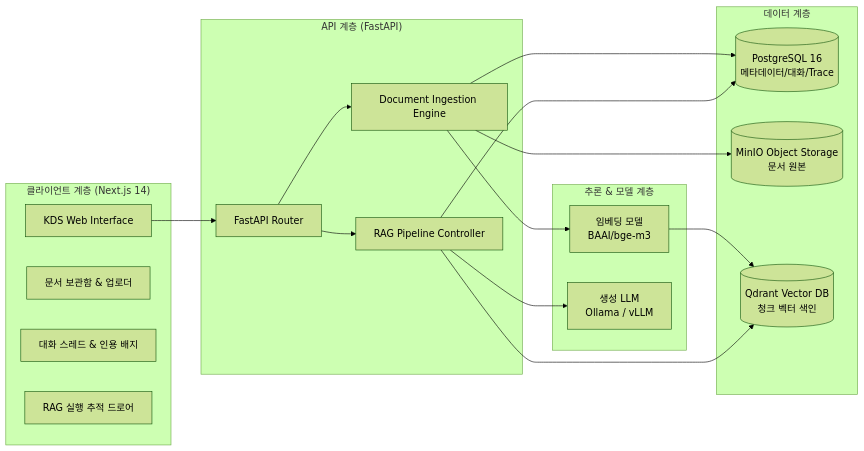
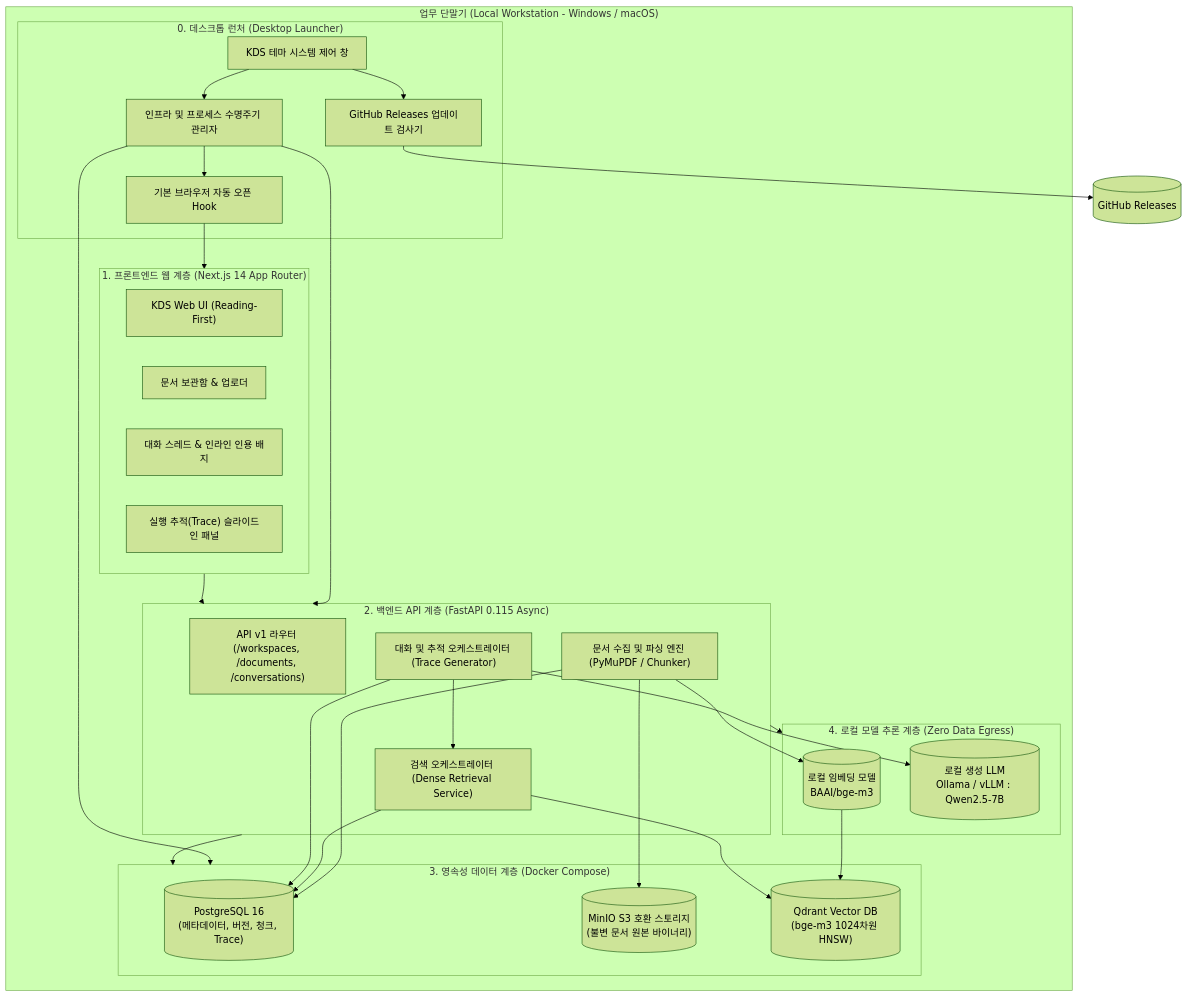
Before and after one commit to minwoo1119/dograc: the diagram in README.md, drawn with Mermaid (forest theme). The commit also changed other lines of this file, not shown here.

Commit message:
docs:데스크톱-웹 하이브리드 RAG 플랫폼 아키텍처 반영 README 개편

````diff
--- a/README.md
+++ b/README.md
@@ -52,38 +74,55 @@
 ```mermaid
-flowchart LR
-    subgraph Frontend["클라이언트 계층 (Next.js 14)"]
-        UI[KDS Web Interface]
-        DocPanel[문서 보관함 & 업로더]
-        Chat[대화 스레드 & 인용 배지]
-        Trace[RAG 실행 추적 드로어]
+flowchart TD
+    subgraph Workstation["업무 단말기 (Local Workstation - Windows / macOS)"]
+        subgraph DesktopLauncher["0. 데스크톱 런처 (Desktop Launcher)"]
+            LauncherUI["KDS 테마 시스템 제어 창"]
+            ProcessMgr["인프라 및 프로세스 수명주기 관리자"]
+            Updater["GitHub Releases 업데이트 검사기"]
+            BrowserHook["기본 브라우저 자동 오픈 Hook"]
+        end
+
+        subgraph Presentation["1. 프론트엔드 웹 계층 (Next.js 14 App Router)"]
+            UI["KDS Web UI (Reading-First)"]
+            DocPanel["문서 보관함 & 업로더"]
+            ChatPanel["대화 스레드 & 인라인 인용 배지"]
+            TraceDrawer["실행 추적(Trace) 슬라이드인 패널"]
+        end
+
+        subgraph Backend["2. 백엔드 API 계층 (FastAPI 0.115 Async)"]
+            Router["API v1 라우터 (/workspaces, /documents, /conversations)"]
+            DocIngest["문서 수집 및 파싱 엔진 (PyMuPDF / Chunker)"]
+            Retriever["검색 오케스트레이터 (Dense Retrieval Service)"]
+            ConvService["대화 및 추적 오케스트레이터 (Trace Generator)"]
+        end
+
+        subgraph Storage["3. 영속성 데이터 계층 (Docker Compose)"]
+            PG[("PostgreSQL 16\n(메타데이터, 버전, 청크, Trace)")]
+            MinIO[("MinIO S3 호환 스토리지\n(불변 문서 원본 바이너리)")]
+            VectorDB[("Qdrant Vector DB\n(bge-m3 1024차원 HNSW)")]
+        end
+
+        subgraph Models["4. 로컬 모델 추론 계층 (Zero Data Egress)"]
+            Embed[("로컬 임베딩 모델\nBAAI/bge-m3")]
+            LLM[("로컬 생성 LLM\nOllama / vLLM : Qwen2.5-7B")]
+        end
     end
 
-    subgraph Backend["API 계층 (FastAPI)"]
-        API[FastAPI Router]
-        Ingest[Document Ingestion Engine]
-        RAGCore[RAG Pipeline Controller]
-    end
+    GitHub[(GitHub Releases)]
 
-    subgraph Storage["데이터 계층"]
-        PG[(PostgreSQL 16\n메타데이터/대화/Trace)]
-        MinIO[(MinIO Object Storage\n문서 원본)]
-        VectorDB[(Qdrant Vector DB\n청크 벡터 색인)]
-    end
+    LauncherUI --> ProcessMgr
+    LauncherUI --> Updater --> GitHub
+    ProcessMgr --> Storage
+    ProcessMgr --> Backend
+    ProcessMgr --> BrowserHook --> Presentation
 
-    subgraph Models["추론 & 모델 계층"]
-        Embed[임베딩 모델\nBAAI/bge-m3]
-        LLM[생성 LLM\nOllama / vLLM]
-    end
-
-    UI --> API
-    API --> Ingest
-    API --> RAGCore
-
-    Ingest --> MinIO
-    Ingest --> Embed --> VectorDB
-    Ingest --> PG
-
-    RAGCore --> VectorDB
-    RAGCore --> LLM
-    RAGCore --> PG
+    Presentation --> Backend
+    Backend --> Storage
+    Backend --> Models
+    DocIngest --> MinIO
+    DocIngest --> Embed --> VectorDB
+    DocIngest --> PG
+    ConvService --> Retriever --> VectorDB
+    Retriever --> PG
+    ConvService --> LLM
+    ConvService --> PG
 ```
````
